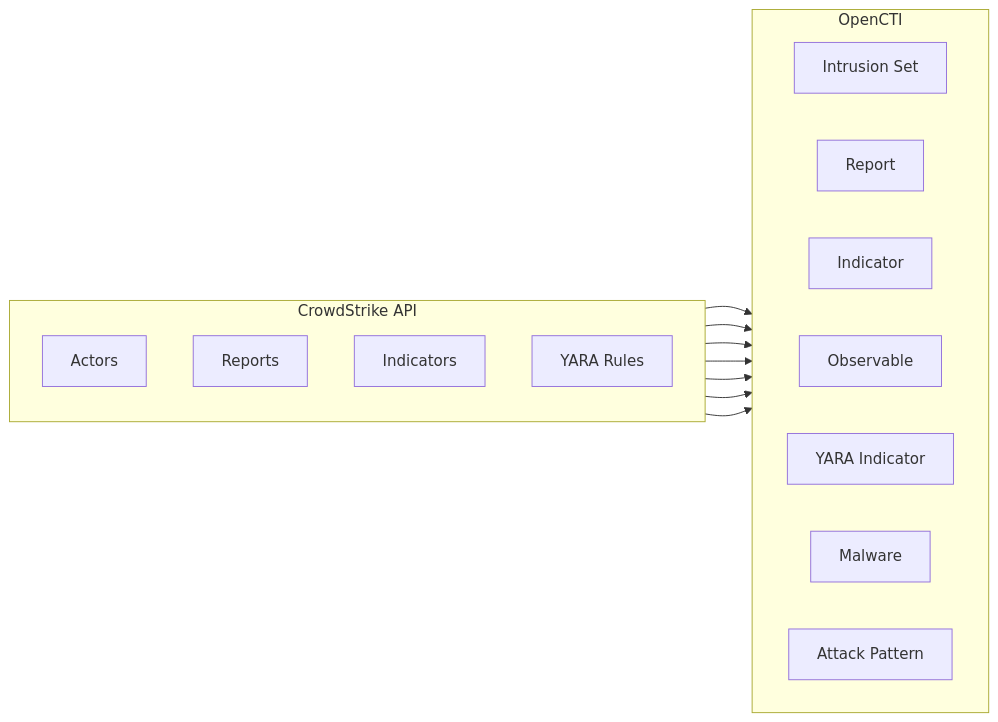
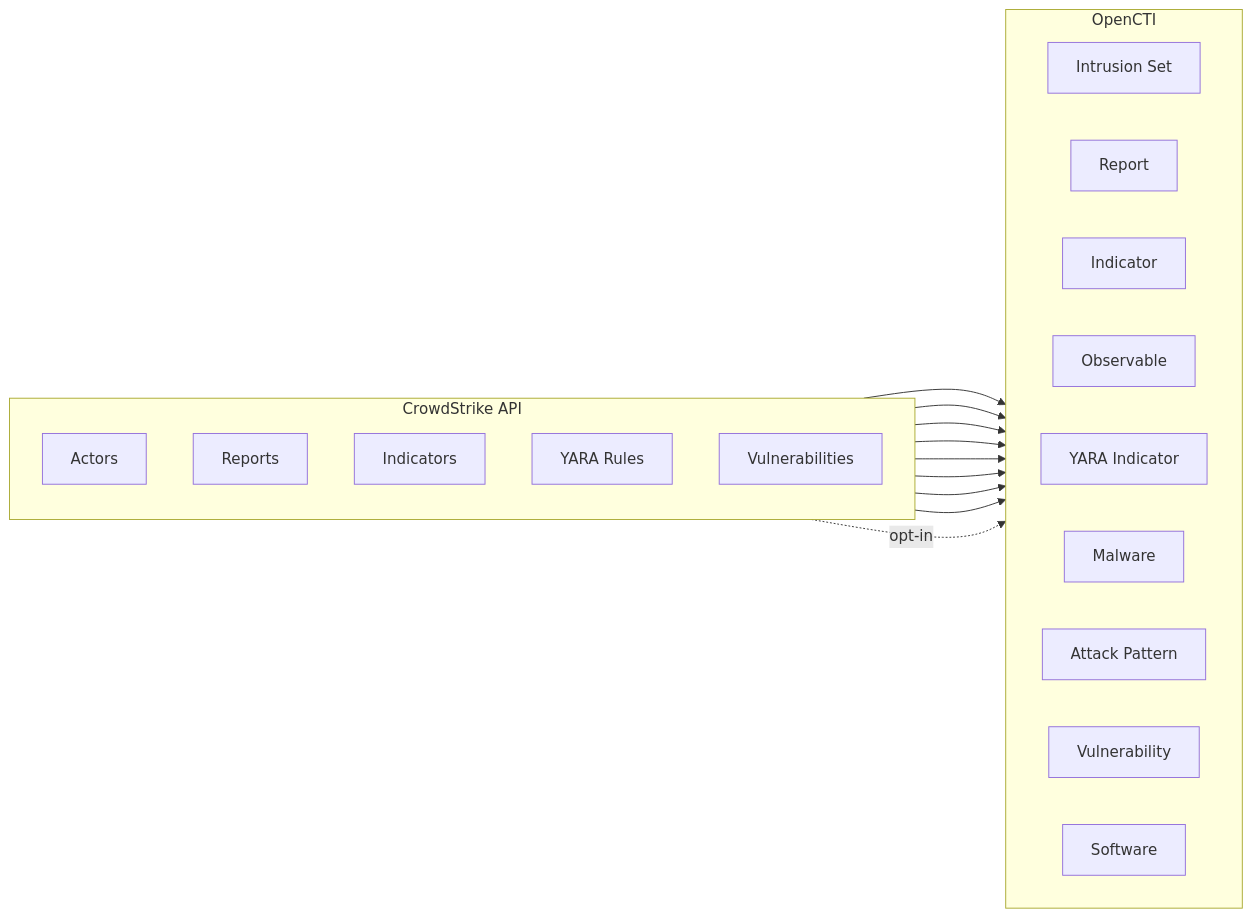
The diagram in external-import/crowdstrike/README.md (OpenCTI-Platform/connectors), drawn with Mermaid before and after one commit. The commit also changed other lines of this file and 7 other files, not shown here.

````diff
--- a/external-import/crowdstrike/README.md
+++ b/external-import/crowdstrike/README.md
@@ -199,29 +200,34 @@
 ```mermaid
 graph LR
     subgraph CrowdStrike API
         direction TB
         Actors[Actors]
         Reports[Reports]
         Indicators[Indicators]
         YARA[YARA Rules]
+        Vulnerabilities[Vulnerabilities]
     end
 
     subgraph OpenCTI
         direction LR
         IntrusionSet[Intrusion Set]
         Report[Report]
         Indicator[Indicator]
         Observable[Observable]
         YARAInd[YARA Indicator]
         Malware[Malware]
         AttackPattern[Attack Pattern]
+        Vuln[Vulnerability]
+        Software[Software]
     end
 
     Actors --> IntrusionSet
     Actors --> AttackPattern
     Reports --> Report
     Reports --> Malware
     Indicators --> Indicator
     Indicators --> Observable
     YARA --> YARAInd
+    Vulnerabilities --> Vuln
+    Vulnerabilities -.->|opt-in| Software
 ```
````
